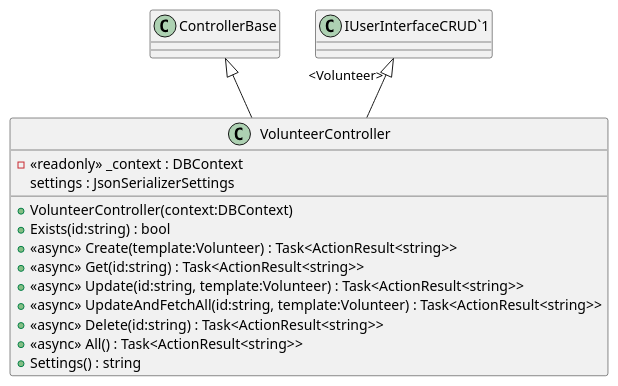
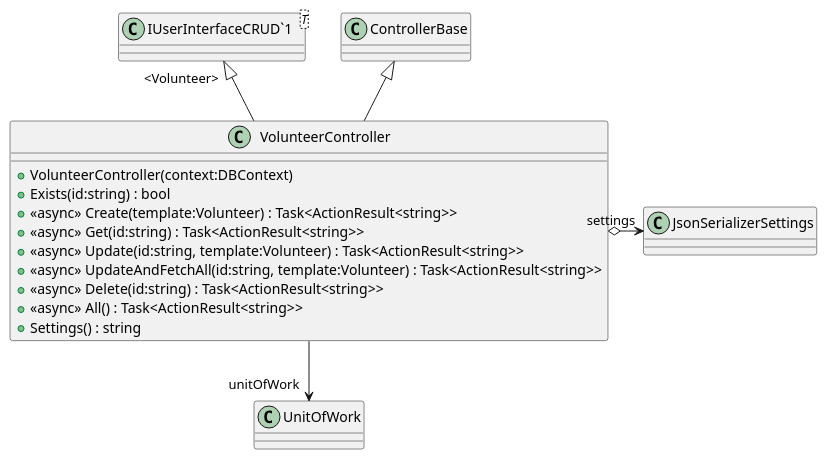
Before and after one commit to timothxy/ICT2106_P3_Project: the diagram in YouthActionDotNet/UML/Controllers/VolunteerController.puml, drawn with PlantUML. The commit also changed 31 other files, not shown here.

Commit message:
update uml

```diff
--- a/YouthActionDotNet/UML/Controllers/VolunteerController.puml
+++ b/YouthActionDotNet/UML/Controllers/VolunteerController.puml
@@ -1,17 +1,19 @@
 @startuml
 class VolunteerController {
-    - <<readonly>> _context : DBContext
-    settings : JsonSerializerSettings
     + VolunteerController(context:DBContext)
     + Exists(id:string) : bool
     + <<async>> Create(template:Volunteer) : Task<ActionResult<string>>
     + <<async>> Get(id:string) : Task<ActionResult<string>>
     + <<async>> Update(id:string, template:Volunteer) : Task<ActionResult<string>>
     + <<async>> UpdateAndFetchAll(id:string, template:Volunteer) : Task<ActionResult<string>>
     + <<async>> Delete(id:string) : Task<ActionResult<string>>
     + <<async>> All() : Task<ActionResult<string>>
     + Settings() : string
 }
+class "IUserInterfaceCRUD`1"<T> {
+}
 ControllerBase <|-- VolunteerController
 "IUserInterfaceCRUD`1" "<Volunteer>" <|-- VolunteerController
+VolunteerController --> "unitOfWork" UnitOfWork
+VolunteerController o-> "settings" JsonSerializerSettings
 @enduml
```
